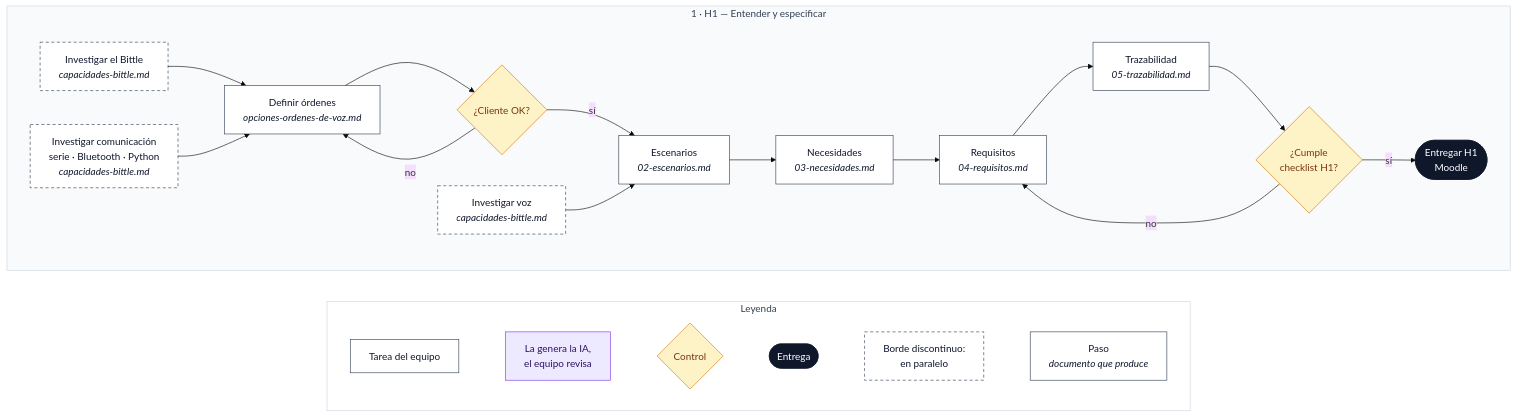
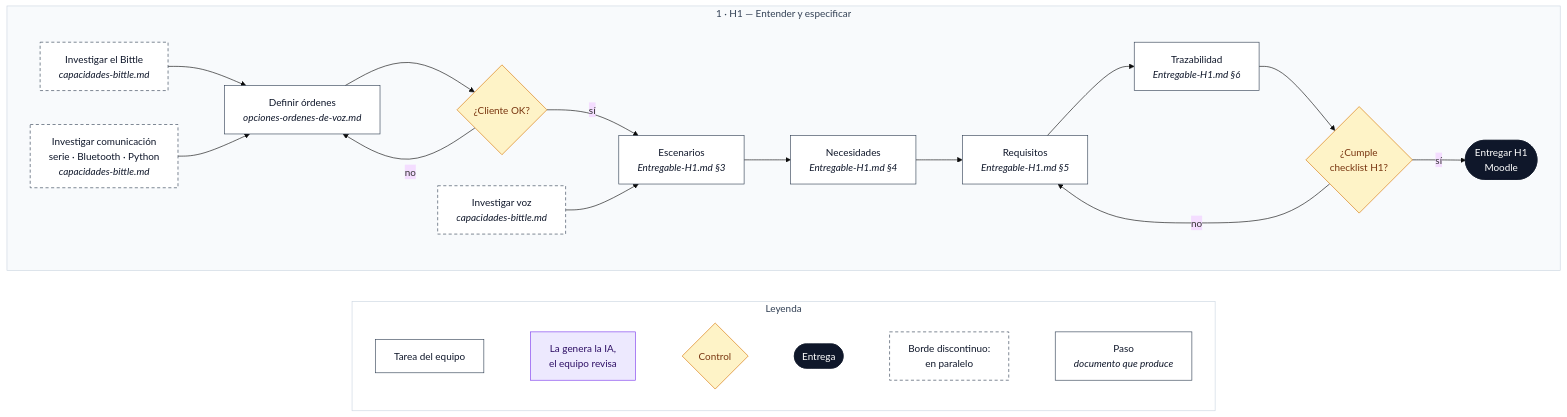
Before and after one commit to MochoPlayer/Perro-Spek-Kit: the diagram in H1-especificacion-inicial/README.md, drawn with Mermaid (base theme). The commit also changed other lines of this file and 1 other file, not shown here.

Commit message:
H1: los flujos apuntan a las secciones de Entregable-H1.md en vez de archivos 02-05 inexistentes
Claude-Session: https://claude.ai/code/session_01Va838tywvYvg74m9rmzyLu

````diff
--- a/H1-especificacion-inicial/README.md
+++ b/H1-especificacion-inicial/README.md
@@ -60,45 +60,45 @@
 ```mermaid
 flowchart TB
   classDef eq fill:#ffffff,stroke:#334155,color:#0f172a
   classDef ia fill:#ede9fe,stroke:#7c3aed,color:#2e1065
   classDef check fill:#fef3c7,stroke:#d97706,color:#78350f
   classDef hito fill:#0f172a,stroke:#0f172a,color:#ffffff
   classDef par stroke-dasharray:5 4
 
   subgraph S1["1 · H1 — Entender y especificar"]
     direction LR
     A1["Investigar el Bittle<br/><i>capacidades-bittle.md</i>"]:::eq
     A2["Investigar comunicación<br/>serie · Bluetooth · Python<br/><i>capacidades-bittle.md</i>"]:::eq
     A3["Investigar voz<br/><i>capacidades-bittle.md</i>"]:::eq
     B["Definir órdenes<br/><i>opciones-ordenes-de-voz.md</i>"]:::eq
     C{"¿Cliente OK?"}:::check
-    D["Escenarios<br/><i>02-escenarios.md</i>"]:::eq
-    E["Necesidades<br/><i>03-necesidades.md</i>"]:::eq
-    F["Requisitos<br/><i>04-requisitos.md</i>"]:::eq
-    G["Trazabilidad<br/><i>05-trazabilidad.md</i>"]:::eq
+    D["Escenarios<br/><i>Entregable-H1.md §3</i>"]:::eq
+    E["Necesidades<br/><i>Entregable-H1.md §4</i>"]:::eq
+    F["Requisitos<br/><i>Entregable-H1.md §5</i>"]:::eq
+    G["Trazabilidad<br/><i>Entregable-H1.md §6</i>"]:::eq
     H{"¿Cumple<br/>checklist H1?"}:::check
     M1(["Entregar H1<br/>Moodle"]):::hito
     class A1,A2,A3 par
     A1 & A2 --> B --> C -- sí --> D
     C -- no --> B
     A3 --> D
     D --> E --> F --> G --> H -- sí --> M1
     H -- no --> F
   end
 
   subgraph LEY["Leyenda"]
     direction LR
     L1["Tarea del equipo"]:::eq
     L2["La genera la IA,<br/>el equipo revisa"]:::ia
     L3{"Control"}:::check
     L4(["Entrega"]):::hito
     L5["Borde discontinuo:<br/>en paralelo"]:::eq
     L6["Paso<br/><i>documento que produce</i>"]:::eq
     class L5 par
     L1 ~~~ L2 ~~~ L3 ~~~ L4 ~~~ L5 ~~~ L6
   end
 
   style LEY fill:#ffffff,stroke:#cbd5e1,color:#334155
   style S1 fill:#f8fafc,stroke:#cbd5e1,color:#334155
   S1 ~~~ LEY
 ```
````
